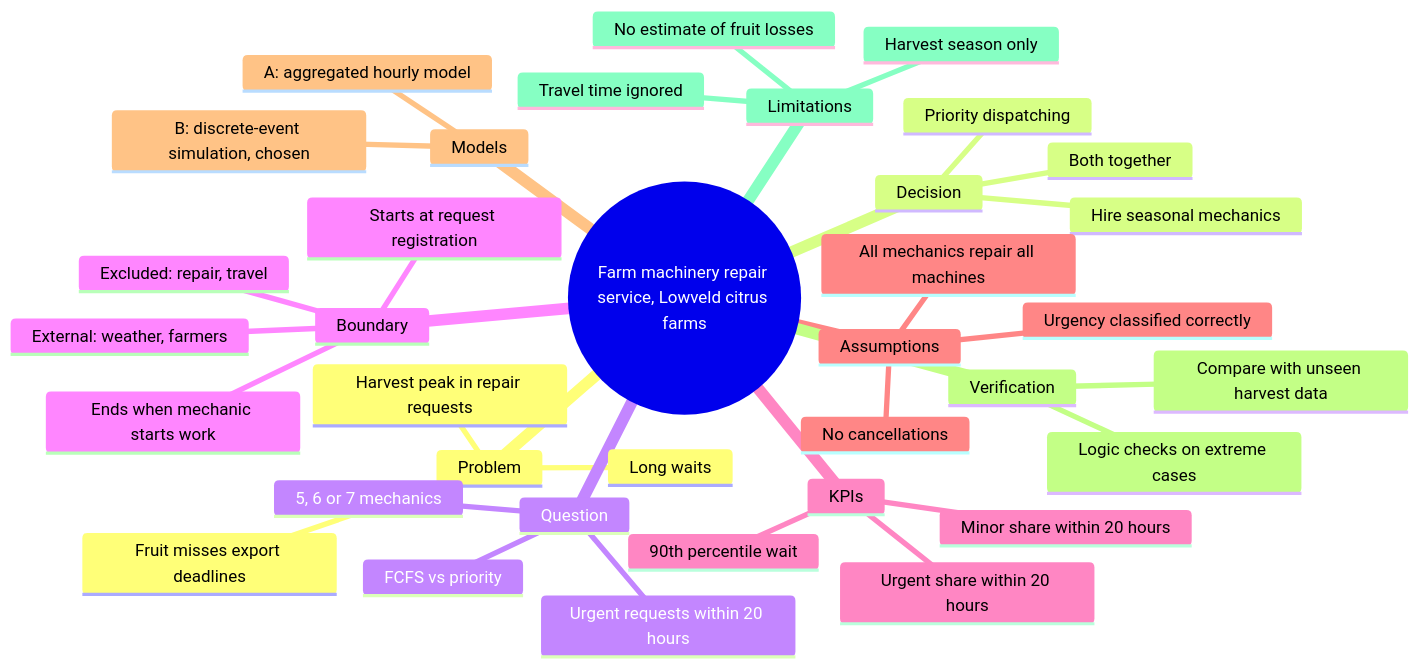
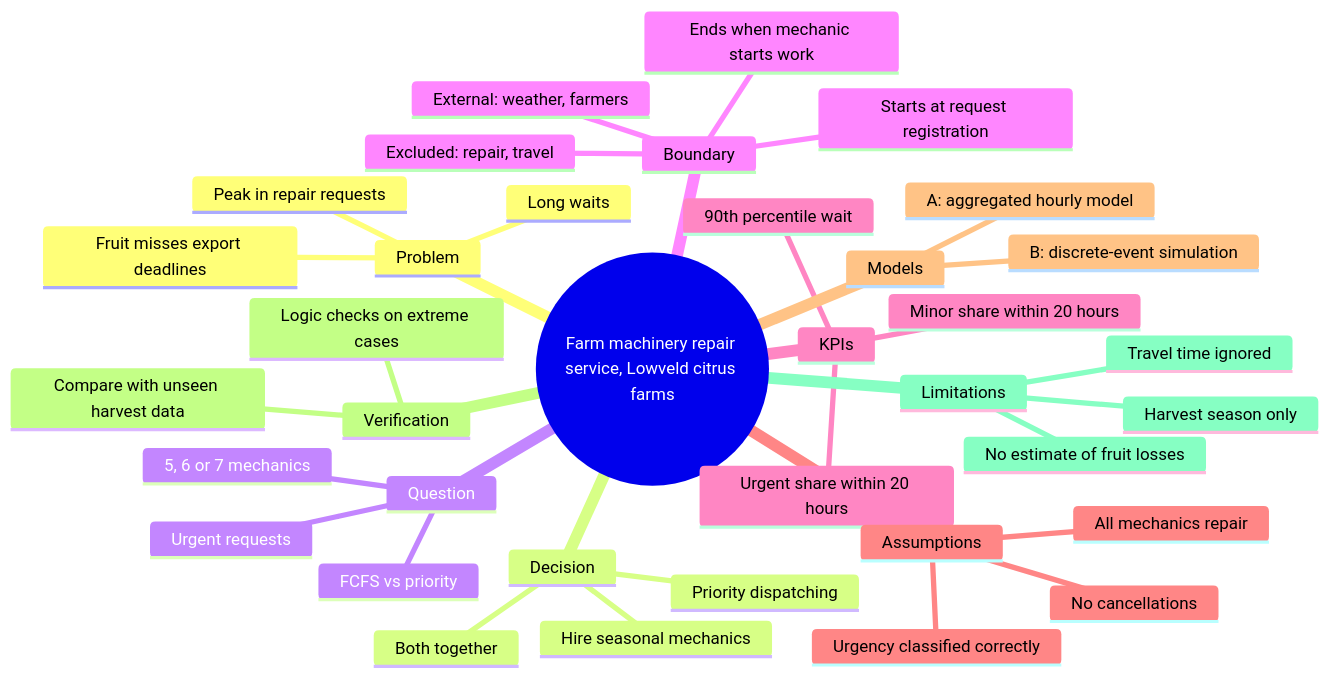
The first of 2 diagrams in README.md (Timana442/Citrus-Farm-Repair-Model), drawn with Mermaid before and after one commit.

Commit message:
Refine wording in README.md for clarity

````diff
--- a/README.md
+++ b/README.md
@@ -5,39 +5,39 @@
 ```mermaid
 mindmap
   root((Farm machinery repair service, Lowveld citrus farms))
     Problem
-      Harvest peak in repair requests
+      Peak in repair requests
       Long waits
       Fruit misses export deadlines
     Decision
       Hire seasonal mechanics
       Priority dispatching
       Both together
     Question
-      Urgent requests within 20 hours
+      Urgent requests
       5, 6 or 7 mechanics
       FCFS vs priority
     Boundary
       Starts at request registration
       Ends when mechanic starts work
       External: weather, farmers
       Excluded: repair, travel
     KPIs
       Urgent share within 20 hours
       90th percentile wait
       Minor share within 20 hours
     Assumptions
-      All mechanics repair all machines
+      All mechanics repair
       Urgency classified correctly
       No cancellations
     Models
       A: aggregated hourly model
-      B: discrete-event simulation, chosen
+      B: discrete-event simulation
     Verification
       Logic checks on extreme cases
       Compare with unseen harvest data
     Limitations
       No estimate of fruit losses
       Harvest season only
       Travel time ignored
 ```
````
